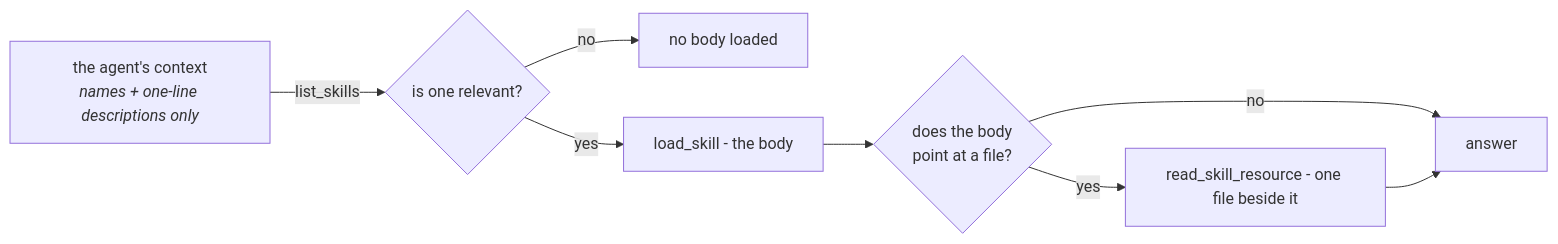
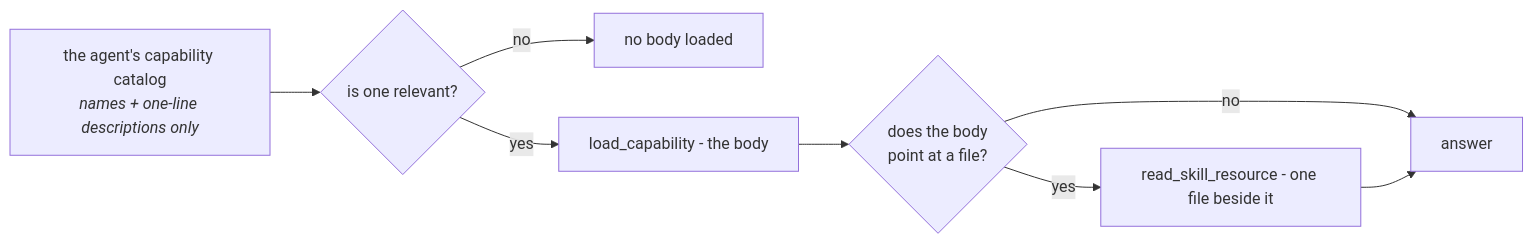
One commit to Creo-Digital-AS/agenticos changed the diagram in docs/skills.de.md. Above: the diagram before and after it, drawn with Mermaid. The commit also changed other lines of this file and 50 other files, not shown here.

First line of the commit message:
feat(skills)!: make each skill a deferred capability (#1704)

````diff
--- a/docs/skills.de.md
+++ b/docs/skills.de.md
@@ -17,10 +17,10 @@
 ```mermaid
 flowchart LR
-    A["the agent's context<br/><i>names + one-line descriptions only</i>"] -->|list_skills| B{is one relevant?}
+    A["the agent's capability catalog<br/><i>names + one-line descriptions only</i>"] --> B{is one relevant?}
     B -->|no| Z["no body loaded"]
-    B -->|yes| C["load_skill - the body"]
+    B -->|yes| C["load_capability - the body"]
     C --> D{does the body<br/>point at a file?}
     D -->|no| Z2[answer]
     D -->|yes| E["read_skill_resource - one file beside it"]
     E --> Z2
 ```
````
